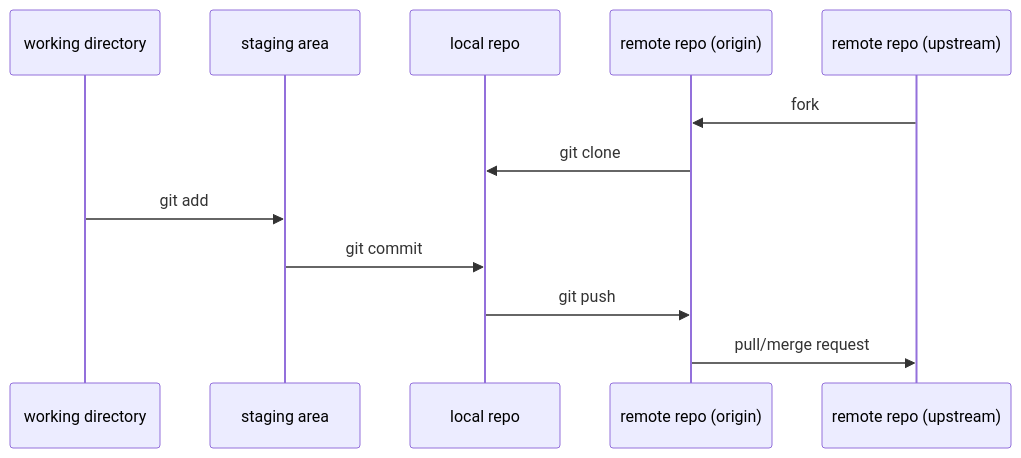
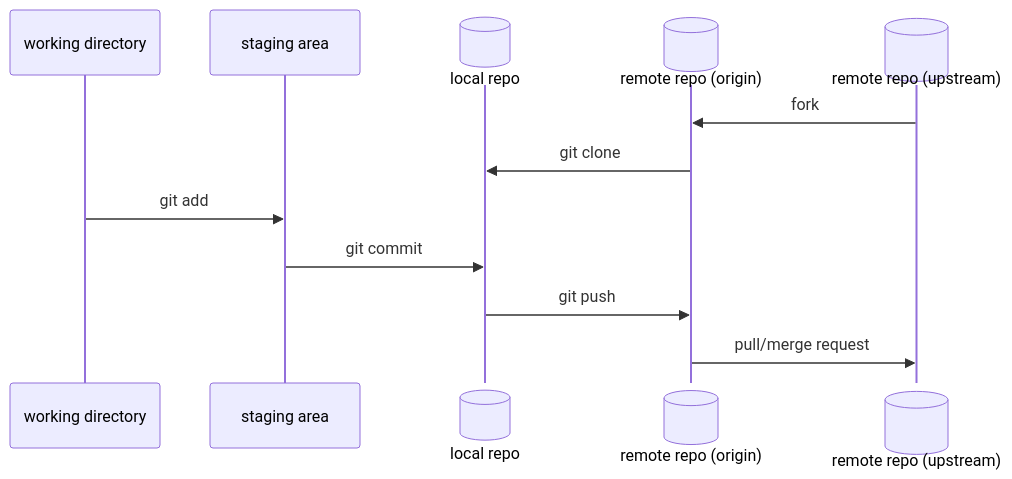
The diagram in collab.mmd (open-energy-transition/entsoe-training), drawn with Mermaid before and after one commit. The commit also changed 1 other file, not shown here.

Commit message:
Add database as participant type

```diff
--- a/collab.mmd
+++ b/collab.mmd
@@ -1,12 +1,12 @@
 sequenceDiagram
   participant working as working directory
   participant staging as staging area
-  participant local as local repo
-  participant remote as remote repo (origin)
-  participant upstream as remote repo (upstream)
+  participant local@{ "type" : "database" } as local repo
+  participant remote@{ "type" : "database" } as remote repo (origin)
+  participant upstream@{ "type" : "database" } as remote repo (upstream)
   upstream ->> remote: fork
   remote ->> local: git clone
   working ->> staging: git add
   staging ->> local: git commit
   local ->> remote: git push
   remote ->> upstream: pull/merge request
```
